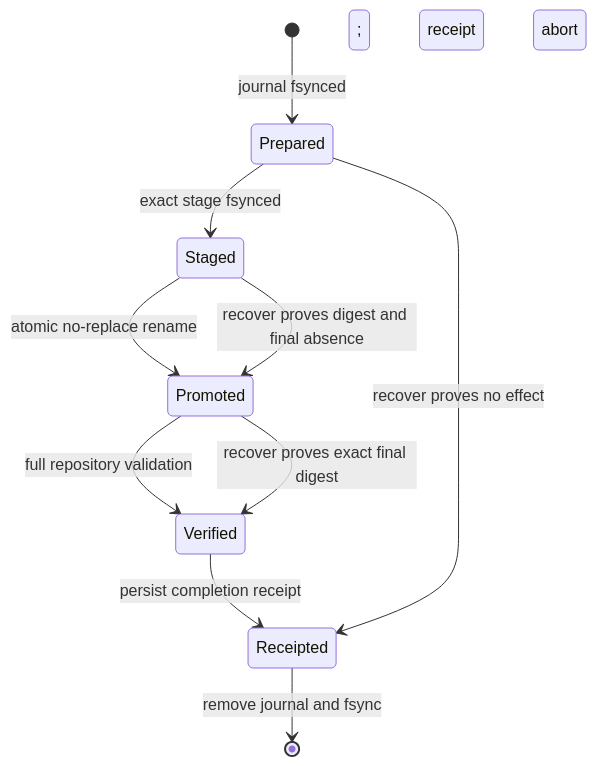
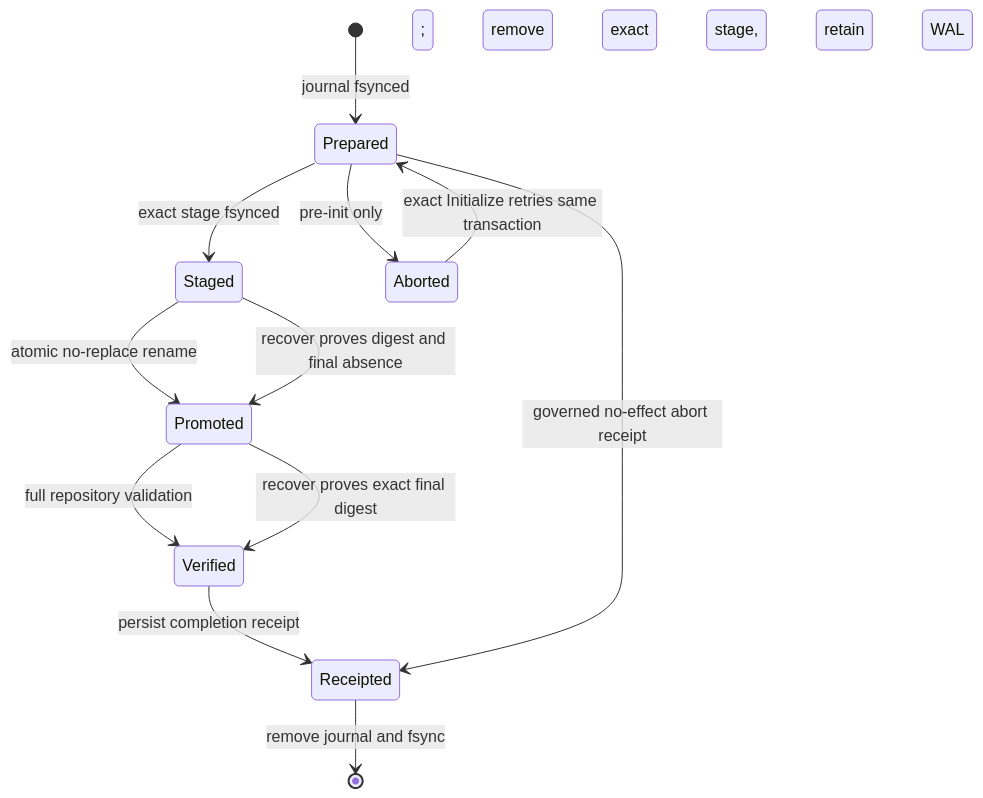
Before and after one commit to acoz-labs/my-friday: the second of 2 diagrams in docs/plans/5-governed-memory/03-design.md, drawn with Mermaid. The commit also changed other lines of this file and 4 other files, not shown here.

````diff
--- a/docs/plans/5-governed-memory/03-design.md
+++ b/docs/plans/5-governed-memory/03-design.md
@@ -318,12 +341,14 @@
 ```mermaid
 stateDiagram-v2
   [*] --> Prepared: journal fsynced
   Prepared --> Staged: exact stage fsynced
   Staged --> Promoted: atomic no-replace rename
   Promoted --> Verified: full repository validation
   Verified --> Receipted: persist completion receipt
   Receipted --> [*]: remove journal and fsync
-  Prepared --> Receipted: recover proves no effect; receipt abort
+  Prepared --> Receipted: governed no-effect abort receipt
+  Prepared --> Aborted: pre-init only; remove exact stage, retain WAL
+  Aborted --> Prepared: exact Initialize retries same transaction
   Staged --> Promoted: recover proves digest and final absence
   Promoted --> Verified: recover proves exact final digest
 ```
````
